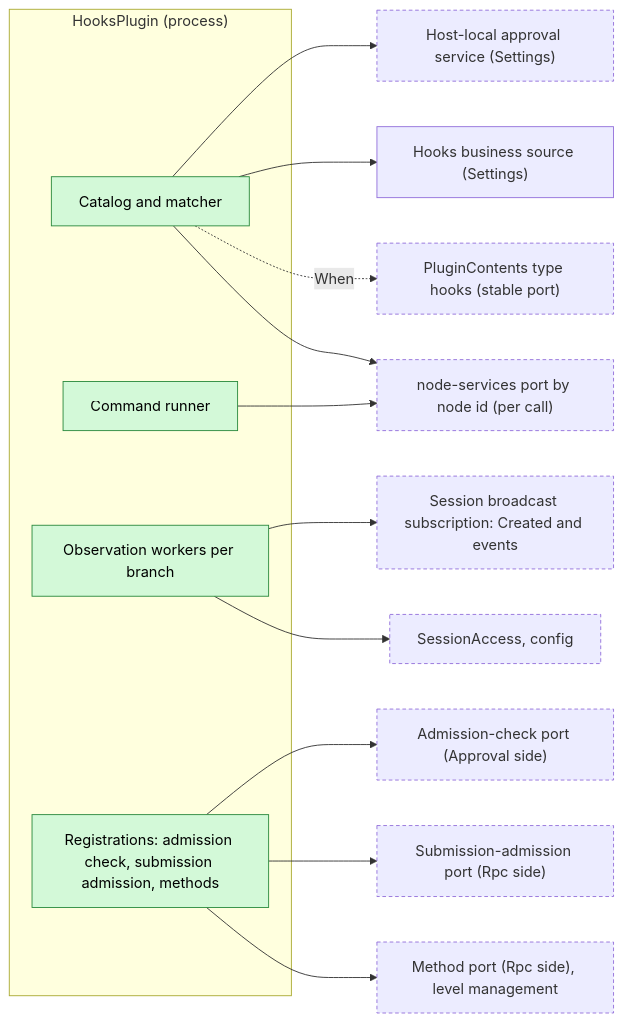
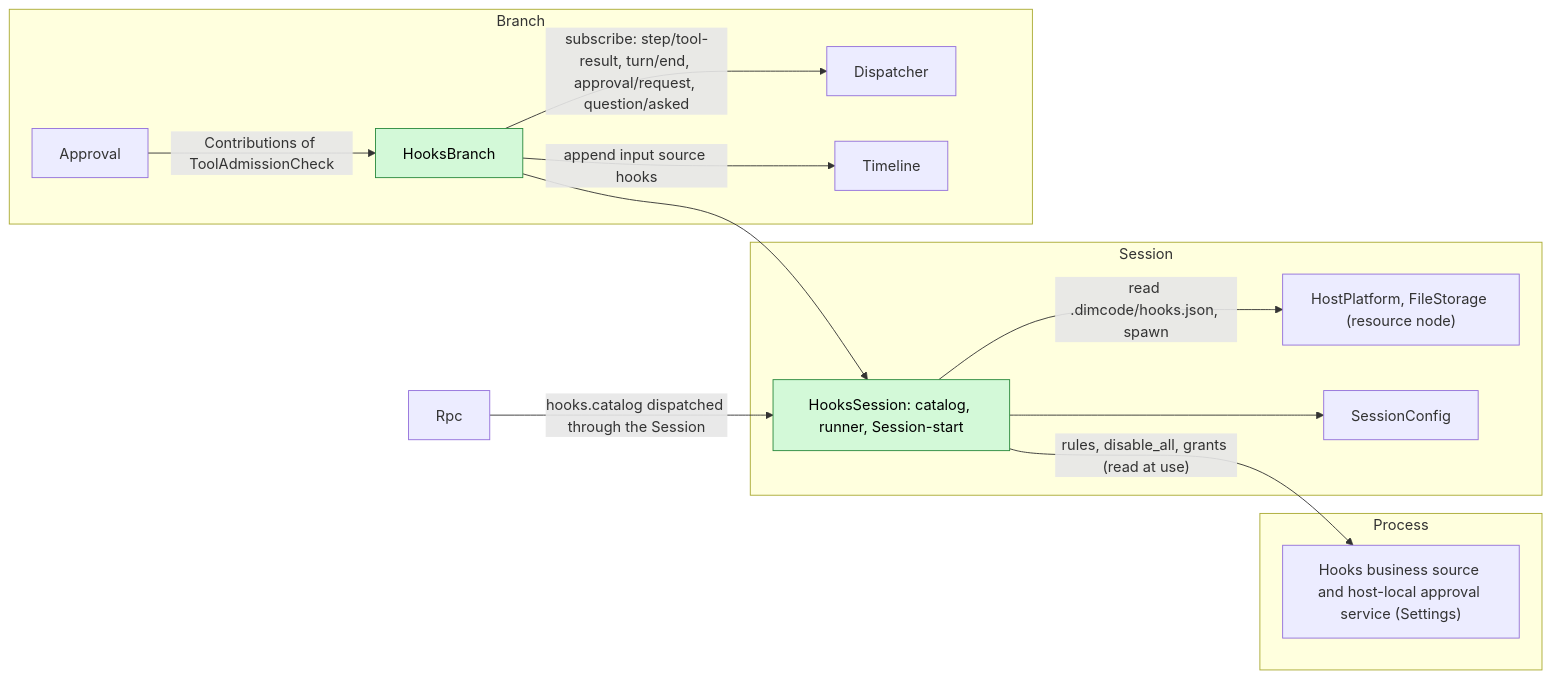
The first of 6 diagrams in docs/design/plugins/Hooks.md (CoutinhoTTS/dim-agent), drawn with Mermaid before and after one commit. The commit also changed other lines of this file and 3 other files, not shown here.

Commit message:
docs(design): rescope Web, SessionTitle, Notifications and Hooks per ADR 002

````diff
--- a/docs/design/plugins/Hooks.md
+++ b/docs/design/plugins/Hooks.md
@@ -9,32 +9,27 @@
 ```mermaid
 flowchart LR
-  subgraph HooksPlugin["HooksPlugin (process)"]
-    Catalog["Catalog and matcher"]
-    Runner["Command runner"]
-    Observer["Observation workers per branch"]
-    Regs["Registrations: admission check, submission admission, methods"]
+  subgraph PROC["Process"]
+    Settings["Hooks business source and host-local approval service (Settings)"]
   end
-  AdmReg["Admission-check port (Approval side)"]
-  FilterReg["Submission-admission port (Rpc side)"]
-  MgmtReg["Method port (Rpc side), level management"]
-  Events["Session broadcast subscription: Created and events"]
-  Access["SessionAccess, config"]
-  Res["node-services port by node id (per call)"]
-  Approvals["Host-local approval service (Settings)"]
-  Settings["Hooks business source (Settings)"]
-  Contents["PluginContents type hooks (stable port)"]
-  Regs --> AdmReg
-  Regs --> FilterReg
-  Regs --> MgmtReg
-  Observer --> Events
-  Observer --> Access
-  Runner --> Res
-  Catalog --> Approvals
-  Catalog --> Settings
-  Catalog -.->|When| Contents
-  Catalog --> Res
+  subgraph SESS["Session"]
+    HS["HooksSession: catalog, runner, Session-start"]:::new
+    HP["HostPlatform, FileStorage (resource node)"]
+    CFG["SessionConfig"]
+  end
+  subgraph BR["Branch"]
+    HB["HooksBranch"]:::new
+    AP["Approval"]
+    DP["Dispatcher"]
+    TL["Timeline"]
+  end
+  Rpc["Rpc"]
+  HS -->|"rules, disable_all, grants (read at use)"| Settings
+  HS -->|"read .dimcode/hooks.json, spawn"| HP
+  HS --> CFG
+  HB --> HS
+  AP -->|"Contributions of ToolAdmissionCheck"| HB
+  HB -->|"subscribe: step/tool-result, turn/end, approval/request, question/asked"| DP
+  HB -->|"append input source hooks"| TL
+  Rpc -->|"hooks.catalog dispatched through the Session"| HS
   classDef new fill:#d3f9d8,stroke:#2b8a3e,color:#000
-  classDef contract stroke-dasharray:4 3
-  class Catalog,Runner,Observer,Regs new
-  class AdmReg,FilterReg,MgmtReg,Events,Access,Res,Approvals,Contents contract
 ```
````
